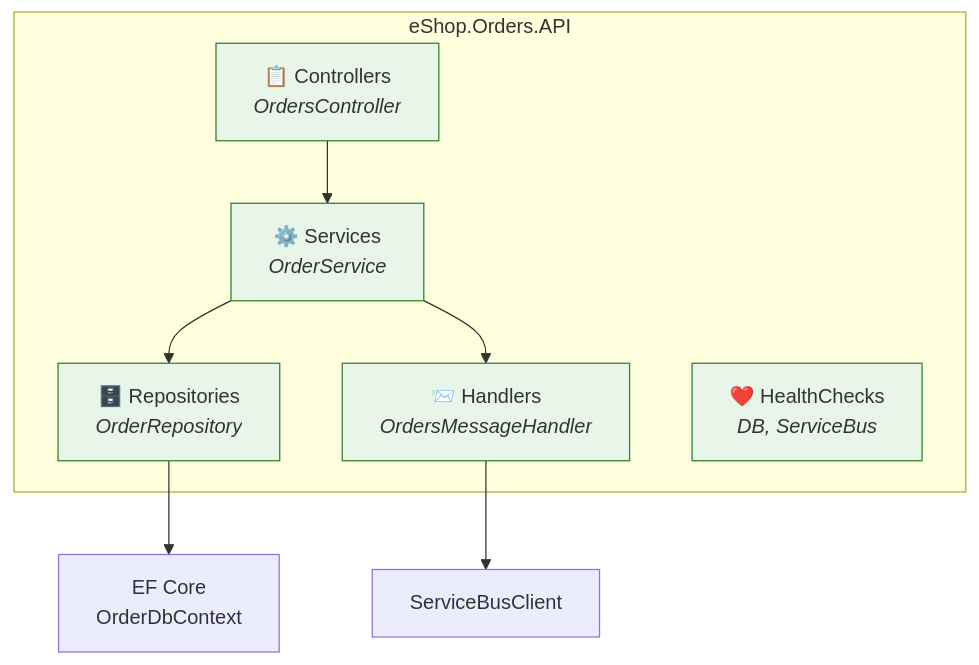
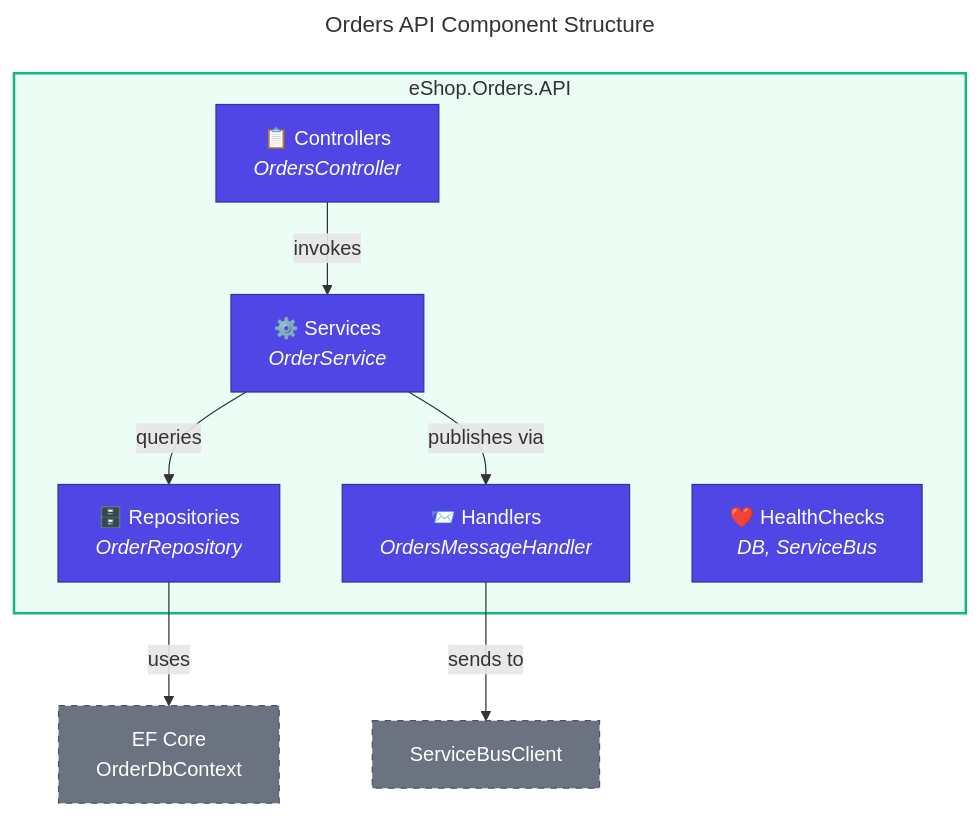
One commit to Evilazaro/Azure-LogicApps-Monitoring changed the second of 5 diagrams in docs/architecture/03-application-architecture.md. Above: the diagram before and after it, drawn with Mermaid. The commit also changed other lines of this file, not shown here.

Commit message:
feat: Enhance application architecture documentation with updated landscape maps and component structures

````diff
--- a/docs/architecture/03-application-architecture.md
+++ b/docs/architecture/03-application-architecture.md
@@ -130,19 +145,36 @@
 ```mermaid
+---
+title: Orders API Component Structure
+---
 flowchart TB
+    %% ===== API COMPONENTS =====
     subgraph API["eShop.Orders.API"]
         Controllers["📋 Controllers<br/><i>OrdersController</i>"]
         Services["⚙️ Services<br/><i>OrderService</i>"]
         Handlers["📨 Handlers<br/><i>OrdersMessageHandler</i>"]
         Repositories["🗄️ Repositories<br/><i>OrderRepository</i>"]
         HealthChecks["❤️ HealthChecks<br/><i>DB, ServiceBus</i>"]
     end
 
-    Controllers --> Services
-    Services --> Repositories
-    Services --> Handlers
-    Repositories --> EF["EF Core<br/>OrderDbContext"]
-    Handlers --> SB["ServiceBusClient"]
+    %% ===== EXTERNAL DEPENDENCIES =====
+    EF["EF Core<br/>OrderDbContext"]
+    SB["ServiceBusClient"]
 
-    classDef layer fill:#e8f5e9,stroke:#2e7d32
-    class Controllers,Services,Handlers,Repositories,HealthChecks layer
+    %% ===== CONNECTIONS =====
+    Controllers -->|"invokes"| Services
+    Services -->|"queries"| Repositories
+    Services -->|"publishes via"| Handlers
+    Repositories -->|"uses"| EF
+    Handlers -->|"sends to"| SB
+
+    %% ===== STYLES - NODE CLASSES =====
+    classDef primary fill:#4F46E5,stroke:#3730A3,color:#FFFFFF
+    classDef external fill:#6B7280,stroke:#4B5563,color:#FFFFFF,stroke-dasharray:5 5
+
+    %% ===== CLASS ASSIGNMENTS =====
+    class Controllers,Services,Handlers,Repositories,HealthChecks primary
+    class EF,SB external
+
+    %% ===== SUBGRAPH STYLES =====
+    style API fill:#ECFDF5,stroke:#10B981,stroke-width:2px
 ```
````
